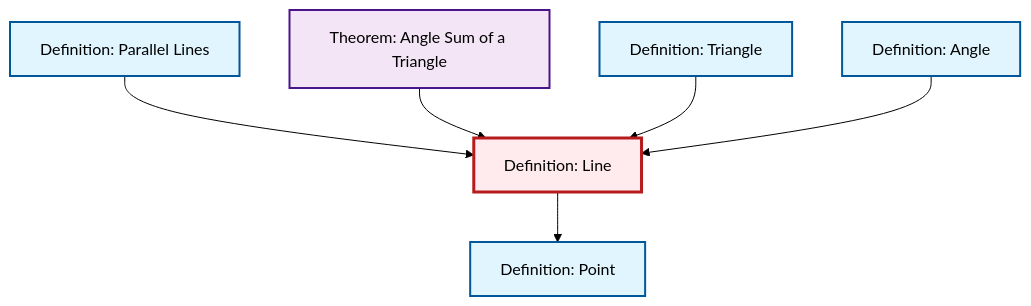
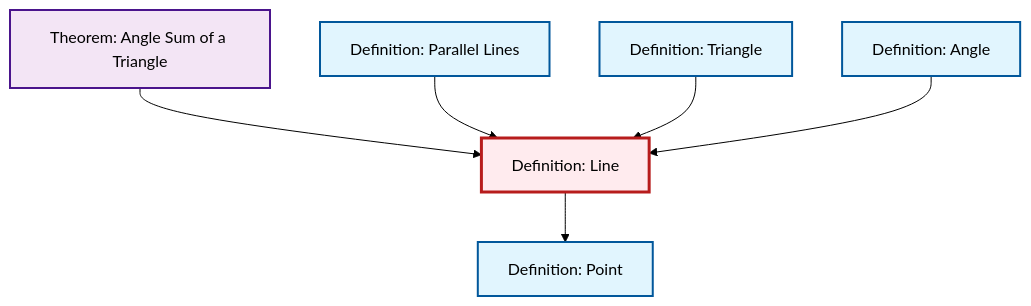
Before and after one commit to RK0429/ModernMath: the diagram in content/en/geometry/def-line.qmd, drawn with Mermaid (forest theme). The commit also changed other lines of this file and 597 other files, not shown here.

````diff
--- a/content/en/geometry/def-line.qmd
+++ b/content/en/geometry/def-line.qmd
@@ -45,26 +45,26 @@
 ```{mermaid}
 %%| fig-cap: "Local dependency graph"
 graph TD
     classDef definition fill:#e1f5fe,stroke:#01579b,stroke-width:2px
     classDef theorem fill:#f3e5f5,stroke:#4a148c,stroke-width:2px
     classDef axiom fill:#fff3e0,stroke:#e65100,stroke-width:2px
     classDef example fill:#e8f5e9,stroke:#1b5e20,stroke-width:2px
     classDef current fill:#ffebee,stroke:#b71c1c,stroke-width:3px
-    def-point["Definition: Point"]:::definition
+    thm-angle-sum-triangle["Theorem: Angle Sum of a Triangle"]:::theorem
     def-triangle["Definition: Triangle"]:::definition
     def-line["Definition: Line"]:::definition
-    thm-angle-sum-triangle["Theorem: Angle Sum of a Triangle"]:::theorem
     def-angle["Definition: Angle"]:::definition
     def-parallel["Definition: Parallel Lines"]:::definition
+    def-point["Definition: Point"]:::definition
+    thm-angle-sum-triangle --> def-line
     def-parallel --> def-line
-    thm-angle-sum-triangle --> def-line
+    def-line --> def-point
     def-triangle --> def-line
-    def-line --> def-point
     def-angle --> def-line
     class def-line current
-    click def-point "def-point.html" "Go to Point definition"
+    click thm-angle-sum-triangle "thm-angle-sum-triangle.html" "Go to Angle Sum of a Triangle theorem"
     click def-triangle "def-triangle.html" "Go to Triangle definition"
-    click thm-angle-sum-triangle "thm-angle-sum-triangle.html" "Go to Angle Sum of a Triangle theorem"
     click def-angle "def-angle.html" "Go to Angle definition"
     click def-parallel "def-parallel.html" "Go to Parallel Lines definition"
+    click def-point "def-point.html" "Go to Point definition"
 ```
````
